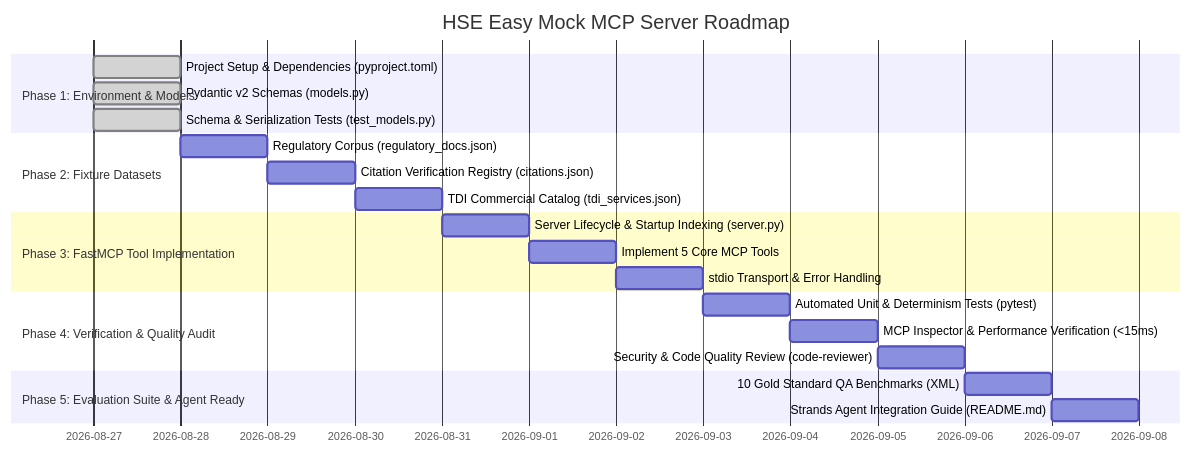
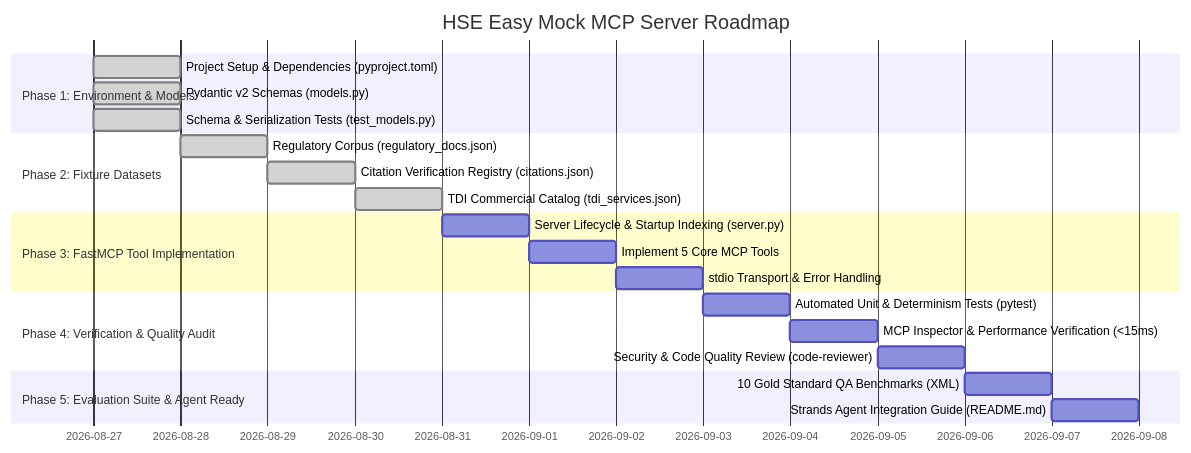
One commit to aiagentspoc/mcp-server changed the diagram in ROADMAP.md. Above: the diagram before and after it, drawn with Mermaid. The commit also changed other lines of this file and 8 other files, not shown here.

Commit message:
feat(fixtures): implement Task 2.3 commercial services & CTAs

````diff
--- a/ROADMAP.md
+++ b/ROADMAP.md
@@ -9,24 +9,24 @@
 ```mermaid
 gantt
     title HSE Easy Mock MCP Server Roadmap
     dateFormat  YYYY-MM-DD
     section Phase 1: Environment & Models
     Project Setup & Dependencies (pyproject.toml)       :done, p1_1, 2026-08-27, 1d
     Pydantic v2 Schemas (models.py)                     :done, p1_2, 2026-08-27, 1d
     Schema & Serialization Tests (test_models.py)       :done, p1_3, 2026-08-27, 1d
     section Phase 2: Fixture Datasets
-    Regulatory Corpus (regulatory_docs.json)            :p2_1, after p1_2, 1d
-    Citation Verification Registry (citations.json)     :p2_2, after p2_1, 1d
-    TDI Commercial Catalog (tdi_services.json)          :p2_3, after p2_2, 1d
+    Regulatory Corpus (regulatory_docs.json)            :done, p2_1, after p1_2, 1d
+    Citation Verification Registry (citations.json)     :done, p2_2, after p2_1, 1d
+    TDI Commercial Catalog (tdi_services.json)          :done, p2_3, after p2_2, 1d
     section Phase 3: FastMCP Tool Implementation
     Server Lifecycle & Startup Indexing (server.py)     :p3_1, after p2_3, 1d
     Implement 5 Core MCP Tools                          :p3_2, after p3_1, 1d
     stdio Transport & Error Handling                    :p3_3, after p3_2, 1d
     section Phase 4: Verification & Quality Audit
     Automated Unit & Determinism Tests (pytest)         :p4_1, after p3_3, 1d
     MCP Inspector & Performance Verification (<15ms)    :p4_2, after p4_1, 1d
     Security & Code Quality Review (code-reviewer)      :p4_3, after p4_2, 1d
     section Phase 5: Evaluation Suite & Agent Ready
     10 Gold Standard QA Benchmarks (XML)                :p5_1, after p4_3, 1d
     Strands Agent Integration Guide (README.md)         :p5_2, after p5_1, 1d
 ```
````
